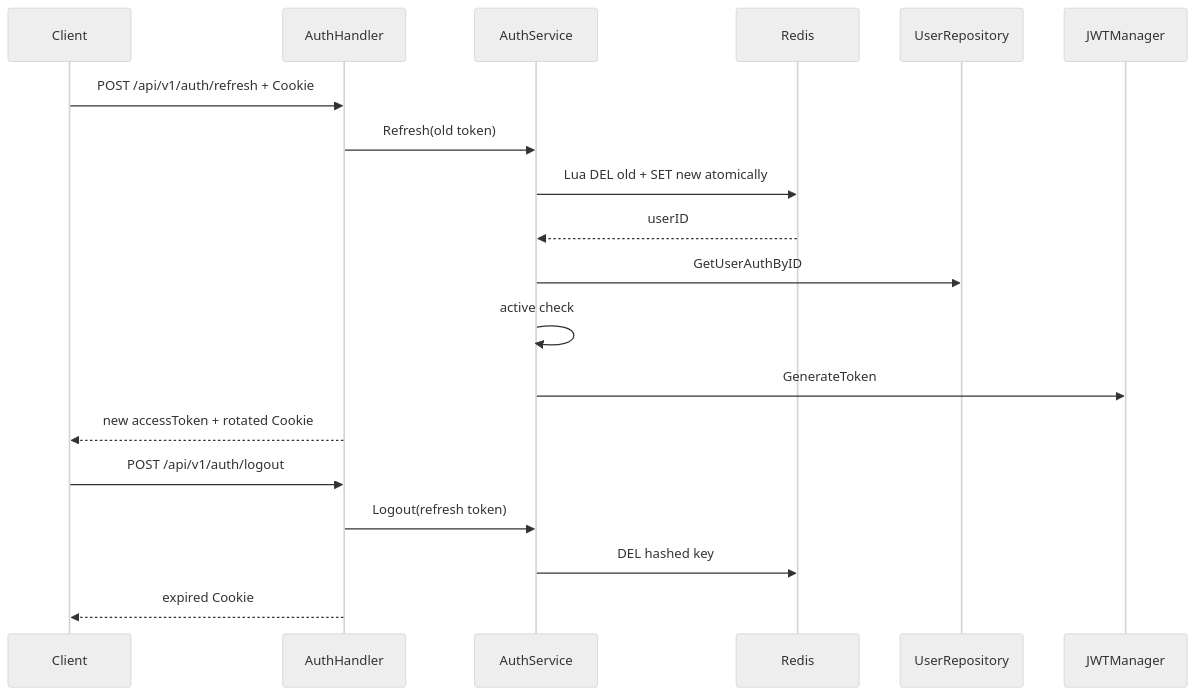
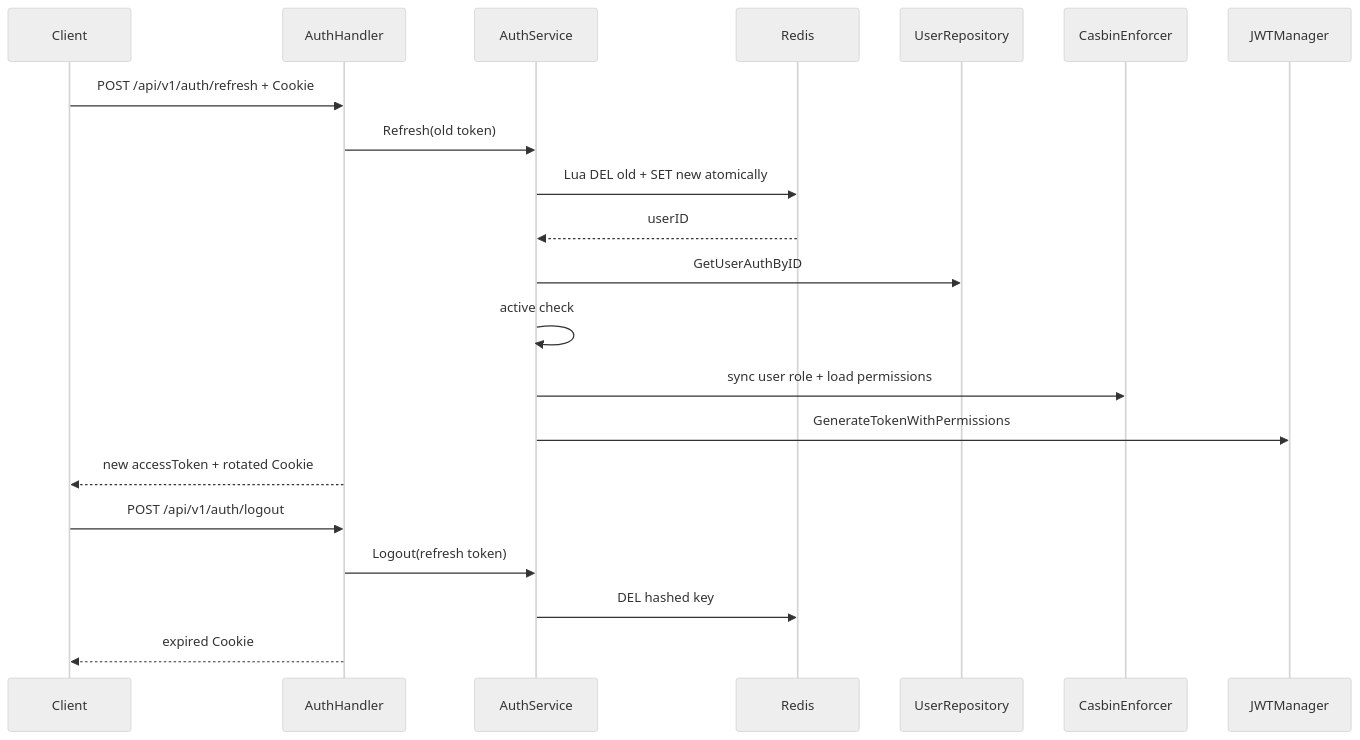
Before and after one commit to DWHuang99/erent: the fourth of 4 diagrams in ARCHITECTURE.md, drawn with Mermaid (neutral theme). The commit also changed other lines of this file and 54 other files, not shown here.

````diff
--- a/ARCHITECTURE.md
+++ b/ARCHITECTURE.md
@@ -75,23 +116,25 @@
 ```mermaid
 sequenceDiagram
     participant C as Client
     participant H as AuthHandler
     participant S as AuthService
     participant R as Redis
     participant U as UserRepository
+    participant E as CasbinEnforcer
     participant J as JWTManager
 
     C->>H: POST /api/v1/auth/refresh + Cookie
     H->>S: Refresh(old token)
     S->>R: Lua DEL old + SET new atomically
     R-->>S: userID
     S->>U: GetUserAuthByID
     S->>S: active check
-    S->>J: GenerateToken
+    S->>E: sync user role + load permissions
+    S->>J: GenerateTokenWithPermissions
     H-->>C: new accessToken + rotated Cookie
 
     C->>H: POST /api/v1/auth/logout
     H->>S: Logout(refresh token)
     S->>R: DEL hashed key
     H-->>C: expired Cookie
 ```
````
